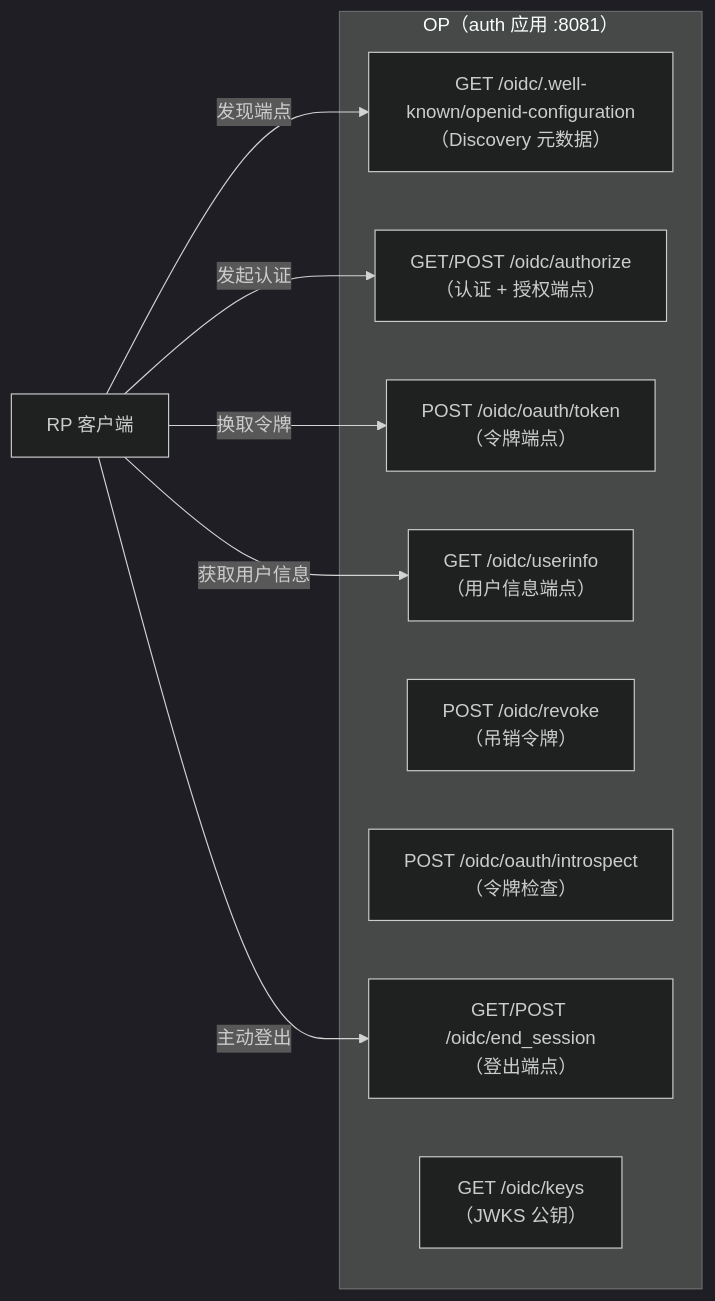
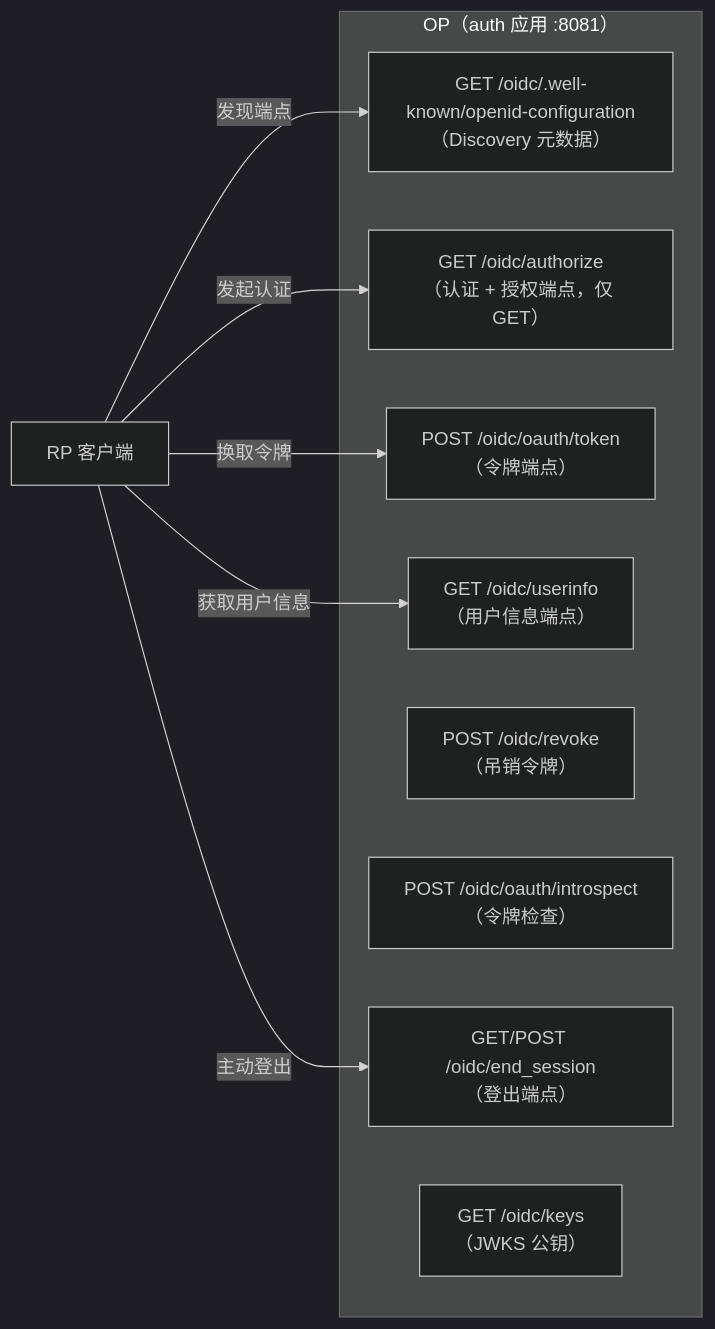
The fourth of 12 diagrams in docs/design/sso-oidc-concepts.md (morehao/ark-iam), drawn with Mermaid (dark theme) before and after one commit. The commit also changed other lines of this file and 100 other files, not shown here.

````diff
--- a/docs/design/sso-oidc-concepts.md
+++ b/docs/design/sso-oidc-concepts.md
@@ -197,18 +200,18 @@
 ```mermaid
 flowchart LR
     subgraph OP["OP（auth 应用 :8081）"]
         D["GET /oidc/.well-known/openid-configuration<br/>（Discovery 元数据）"]
-        A["GET/POST /oidc/authorize<br/>（认证 + 授权端点）"]
+        A["GET /oidc/authorize<br/>（认证 + 授权端点，仅 GET）"]
         T["POST /oidc/oauth/token<br/>（令牌端点）"]
         U["GET /oidc/userinfo<br/>（用户信息端点）"]
         R["POST /oidc/revoke<br/>（吊销令牌）"]
         I["POST /oidc/oauth/introspect<br/>（令牌检查）"]
         E["GET/POST /oidc/end_session<br/>（登出端点）"]
         K["GET /oidc/keys<br/>（JWKS 公钥）"]
     end
     RP["RP 客户端"] -->|"发现端点"| D
     RP -->|"发起认证"| A
     RP -->|"换取令牌"| T
     RP -->|"获取用户信息"| U
     RP -->|"主动登出"| E
 ```
````
